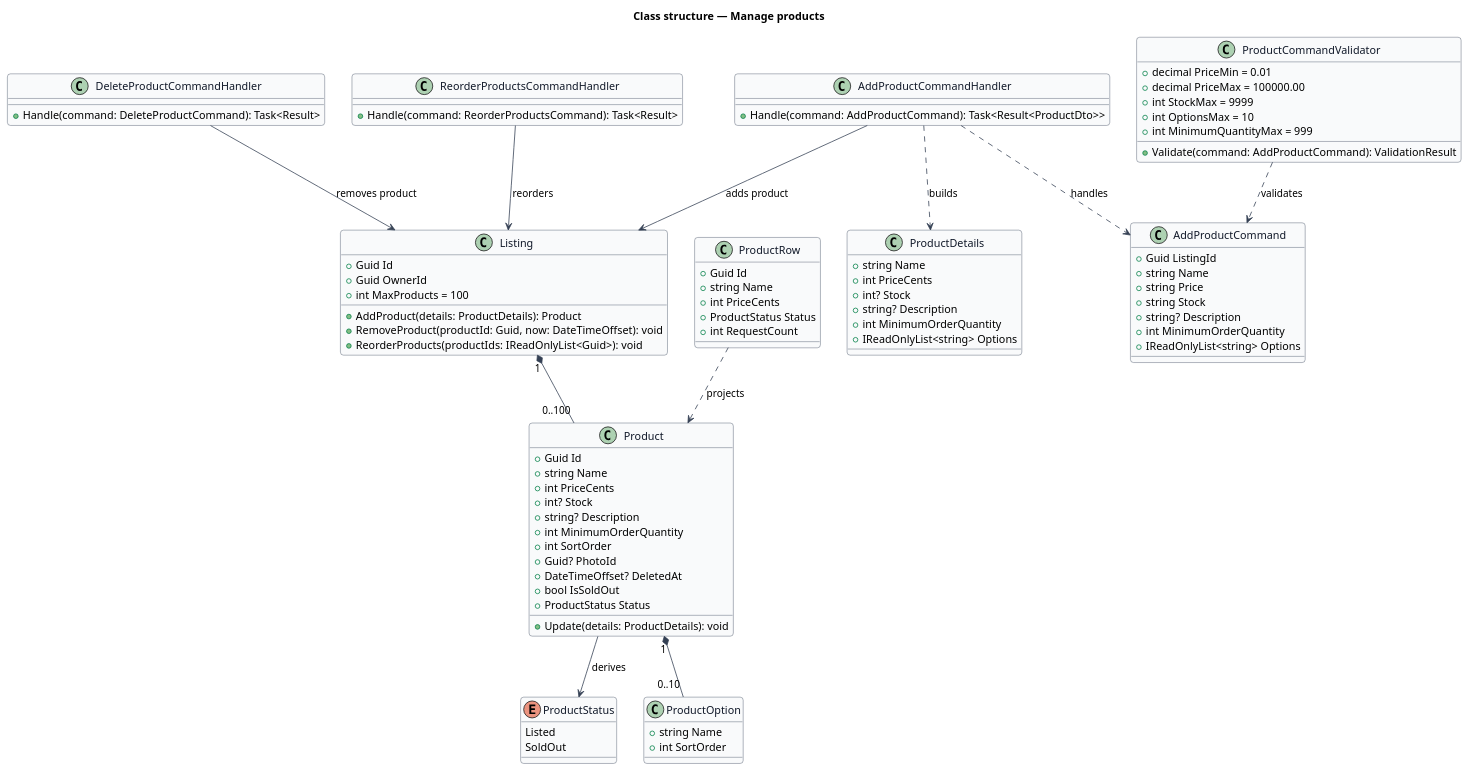
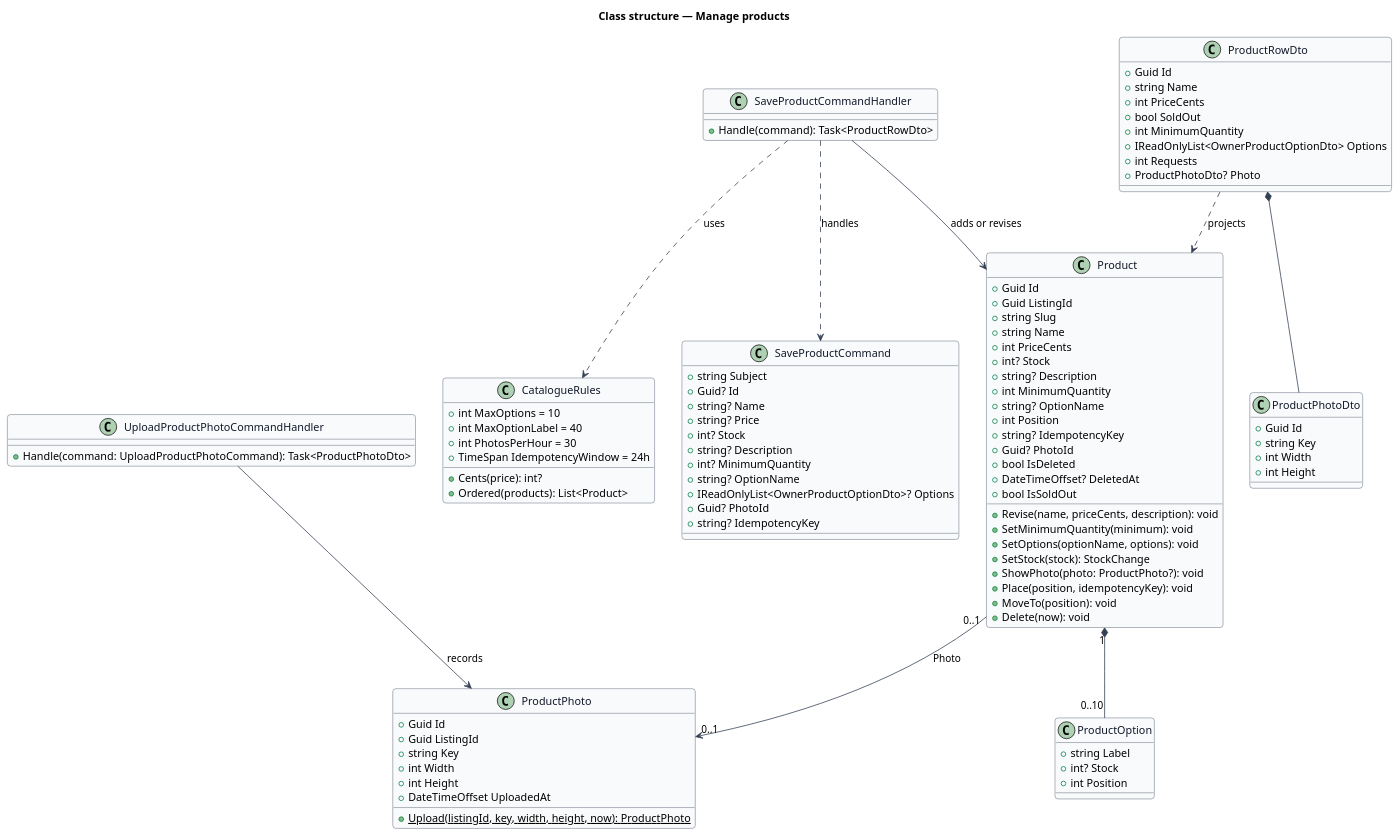
One commit to QuinntyneBrown/jubilee changed the diagram in docs/detailed-designs/owner-workspace/manage-products/diagrams/class-structure.puml. Above: the diagram before and after it, drawn with PlantUML. The commit also changed 57 other files, not shown here.

First line of the commit message:
Journey 16: requirements, ADR 0062, designs, mocks and design system for product photos, options, drag to reorder

```diff
--- a/docs/detailed-designs/owner-workspace/manage-products/diagrams/class-structure.puml
+++ b/docs/detailed-designs/owner-workspace/manage-products/diagrams/class-structure.puml
@@ -1,108 +1,115 @@
 @startuml
 ' --- shared skin header ---
 skinparam backgroundColor #FFFFFF
 skinparam shadowing false
 skinparam roundcorner 8
 skinparam defaultFontName Arial
 skinparam ArrowColor #344054
 skinparam class {
   BorderColor #344054
   FontColor #101828
   BackgroundColor #F9FAFB
 }
 ' --------------------------
 title Class structure — Manage products
 
-enum ProductStatus {
-  Listed
-  SoldOut
-}
-
-class Listing {
-  +Guid Id
-  +Guid OwnerId
-  +int MaxProducts = 100
-  +AddProduct(details: ProductDetails): Product
-  +RemoveProduct(productId: Guid, now: DateTimeOffset): void
-  +ReorderProducts(productIds: IReadOnlyList<Guid>): void
-}
-
 class Product {
   +Guid Id
+  +Guid ListingId
+  +string Slug
   +string Name
   +int PriceCents
   +int? Stock
   +string? Description
-  +int MinimumOrderQuantity
-  +int SortOrder
+  +int MinimumQuantity
+  +string? OptionName
+  +int Position
+  +string? IdempotencyKey
   +Guid? PhotoId
+  +bool IsDeleted
   +DateTimeOffset? DeletedAt
   +bool IsSoldOut
-  +ProductStatus Status
-  +Update(details: ProductDetails): void
+  +Revise(name, priceCents, description): void
+  +SetMinimumQuantity(minimum): void
+  +SetOptions(optionName, options): void
+  +SetStock(stock): StockChange
+  +ShowPhoto(photo: ProductPhoto?): void
+  +Place(position, idempotencyKey): void
+  +MoveTo(position): void
+  +Delete(now): void
 }
 
 class ProductOption {
-  +string Name
-  +int SortOrder
+  +string Label
+  +int? Stock
+  +int Position
 }
 
-class ProductDetails {
-  +string Name
-  +int PriceCents
+class ProductPhoto {
+  +Guid Id
+  +Guid ListingId
+  +string Key
+  +int Width
+  +int Height
+  +DateTimeOffset UploadedAt
+  +{static} Upload(listingId, key, width, height, now): ProductPhoto
+}
+
+class SaveProductCommand {
+  +string Subject
+  +Guid? Id
+  +string? Name
+  +string? Price
   +int? Stock
   +string? Description
-  +int MinimumOrderQuantity
-  +IReadOnlyList<string> Options
+  +int? MinimumQuantity
+  +string? OptionName
+  +IReadOnlyList<OwnerProductOptionDto>? Options
+  +Guid? PhotoId
+  +string? IdempotencyKey
 }
 
-class AddProductCommand {
-  +Guid ListingId
-  +string Name
-  +string Price
-  +string Stock
-  +string? Description
-  +int MinimumOrderQuantity
-  +IReadOnlyList<string> Options
+class SaveProductCommandHandler {
+  +Handle(command): Task<ProductRowDto>
 }
 
-class ProductCommandValidator {
-  +decimal PriceMin = 0.01
-  +decimal PriceMax = 100000.00
-  +int StockMax = 9999
-  +int OptionsMax = 10
-  +int MinimumQuantityMax = 999
-  +Validate(command: AddProductCommand): ValidationResult
+class UploadProductPhotoCommandHandler {
+  +Handle(command: UploadProductPhotoCommand): Task<ProductPhotoDto>
 }
 
-class AddProductCommandHandler {
-  +Handle(command: AddProductCommand): Task<Result<ProductDto>>
+class CatalogueRules {
+  +int MaxOptions = 10
+  +int MaxOptionLabel = 40
+  +int PhotosPerHour = 30
+  +TimeSpan IdempotencyWindow = 24h
+  +Cents(price): int?
+  +Ordered(products): List<Product>
 }
 
-class DeleteProductCommandHandler {
-  +Handle(command: DeleteProductCommand): Task<Result>
-}
-
-class ReorderProductsCommandHandler {
-  +Handle(command: ReorderProductsCommand): Task<Result>
-}
-
-class ProductRow {
+class ProductRowDto {
   +Guid Id
   +string Name
   +int PriceCents
-  +ProductStatus Status
-  +int RequestCount
+  +bool SoldOut
+  +int MinimumQuantity
+  +IReadOnlyList<OwnerProductOptionDto> Options
+  +int Requests
+  +ProductPhotoDto? Photo
 }
 
-Listing "1" *-- "0..100" Product
+class ProductPhotoDto {
+  +Guid Id
+  +string Key
+  +int Width
+  +int Height
+}
+
 Product "1" *-- "0..10" ProductOption
-Product --> ProductStatus : derives
-ProductCommandValidator ..> AddProductCommand : validates
-AddProductCommandHandler ..> AddProductCommand : handles
-AddProductCommandHandler --> Listing : adds product
-AddProductCommandHandler ..> ProductDetails : builds
-DeleteProductCommandHandler --> Listing : removes product
-ReorderProductsCommandHandler --> Listing : reorders
-ProductRow ..> Product : projects
+Product "0..1" --> "0..1" ProductPhoto : Photo
+SaveProductCommandHandler ..> SaveProductCommand : handles
+SaveProductCommandHandler ..> CatalogueRules : uses
+SaveProductCommandHandler --> Product : adds or revises
+UploadProductPhotoCommandHandler --> ProductPhoto : records
+ProductRowDto ..> Product : projects
+ProductRowDto *-- ProductPhotoDto
 @enduml
```
